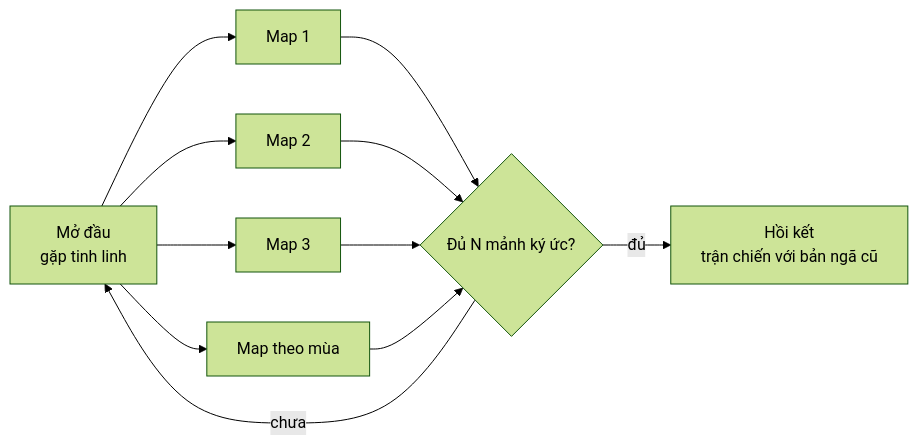
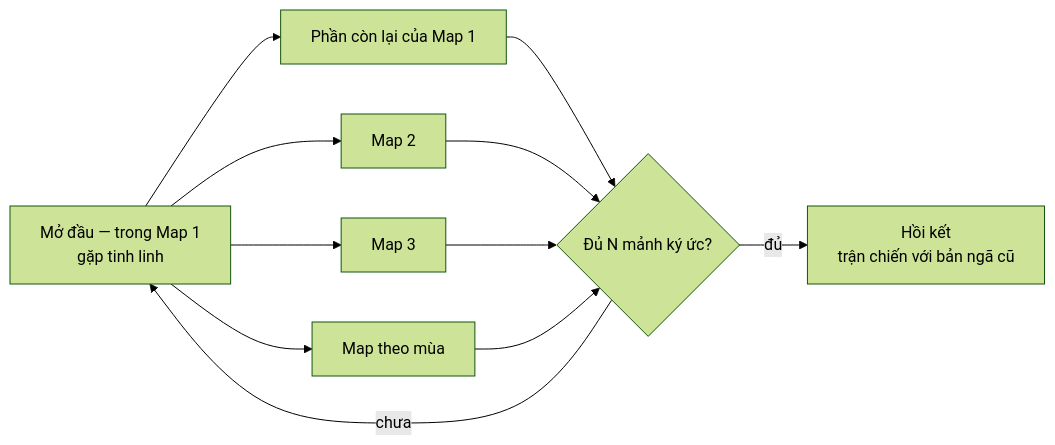
The diagram in design/01-story/plot.md (w-vi-khang/my-game), drawn with Mermaid (forest theme) before and after one commit. The commit also changed other lines of this file and 18 other files, not shown here.

````diff
--- a/design/01-story/plot.md
+++ b/design/01-story/plot.md
@@ -34,10 +34,10 @@
 ```mermaid
 flowchart LR
-    MD[Mở đầu<br/>gặp tinh linh] --> M1[Map 1]
+    MD[Mở đầu — trong Map 1<br/>gặp tinh linh] --> M1[Phần còn lại của Map 1]
     MD --> M2[Map 2]
     MD --> M3[Map 3]
     MD --> MS[Map theo mùa]
     M1 & M2 & M3 & MS --> MK{Đủ N mảnh ký ức?}
     MK -- chưa --> MD
     MK -- đủ --> HK[Hồi kết<br/>trận chiến với bản ngã cũ]
 ```
````
